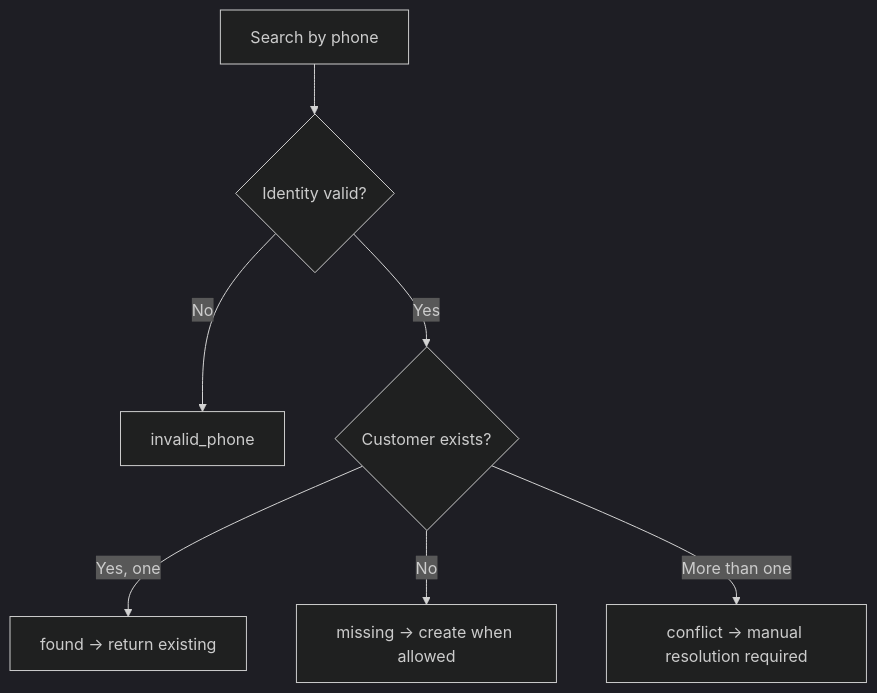
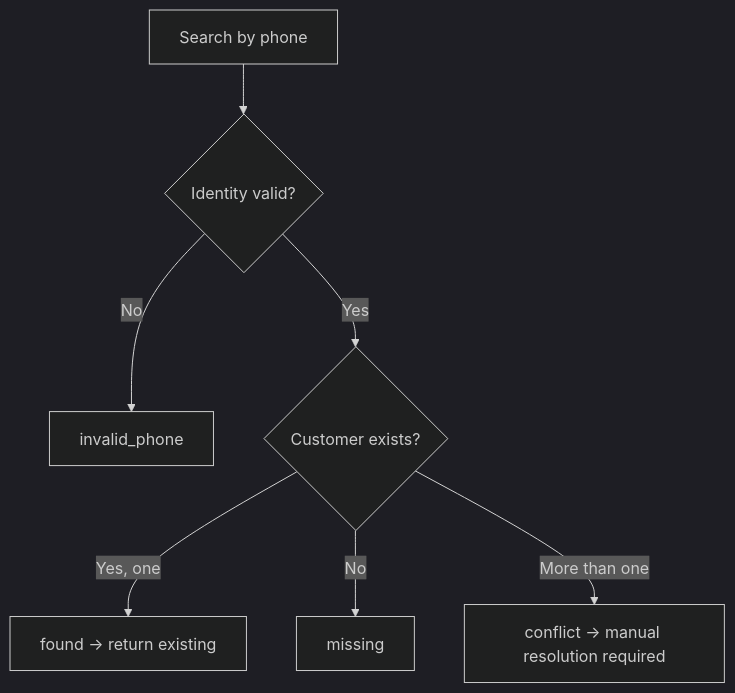
The diagram in integrations/restrox/native/customer-identity.mdx (krischal07/docs), drawn with Mermaid (dark theme) before and after one commit. The commit also changed other lines of this file and 13 other files, not shown here.

````diff
--- a/integrations/restrox/native/customer-identity.mdx
+++ b/integrations/restrox/native/customer-identity.mdx
@@ -64,9 +63,9 @@
 ```mermaid
 flowchart TD
   A["Search by phone"] --> B{"Identity valid?"}
   B -- No --> C["invalid_phone"]
   B -- Yes --> D{"Customer exists?"}
   D -- Yes, one --> E["found → return existing"]
-  D -- No --> F["missing → create when allowed"]
+  D -- No --> F["missing"]
   D -- More than one --> G["conflict → manual resolution required"]
 ```
````
